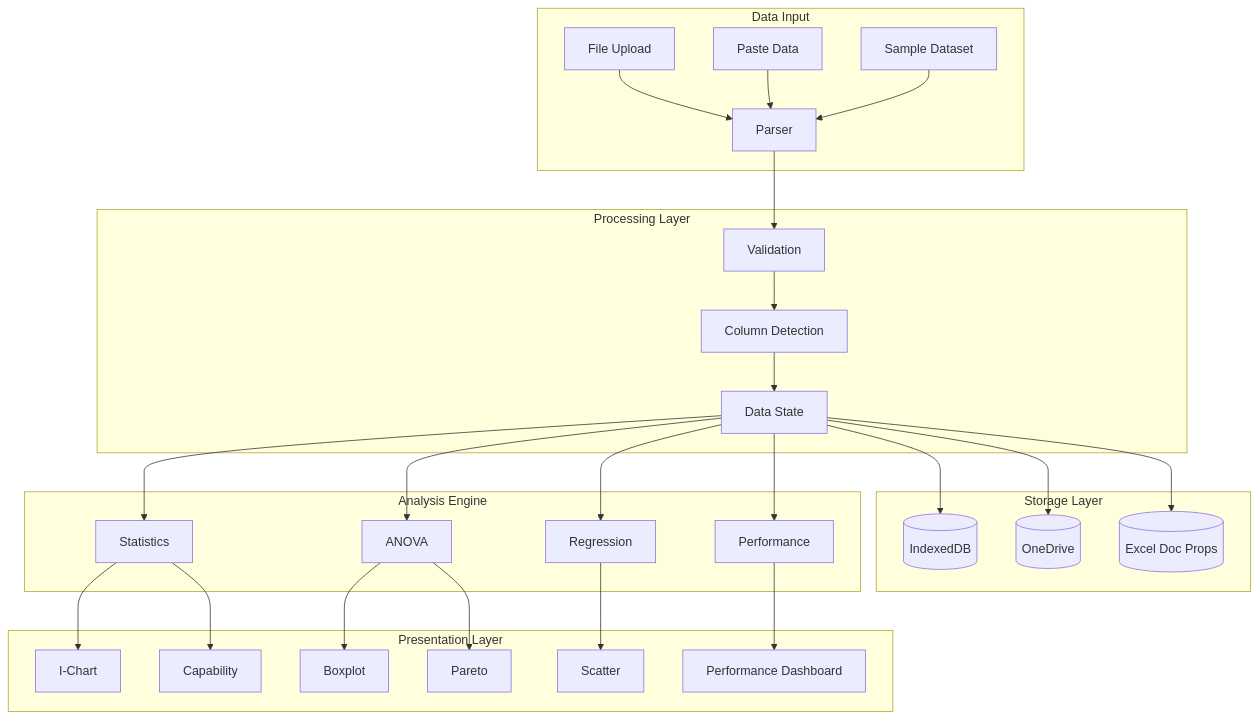
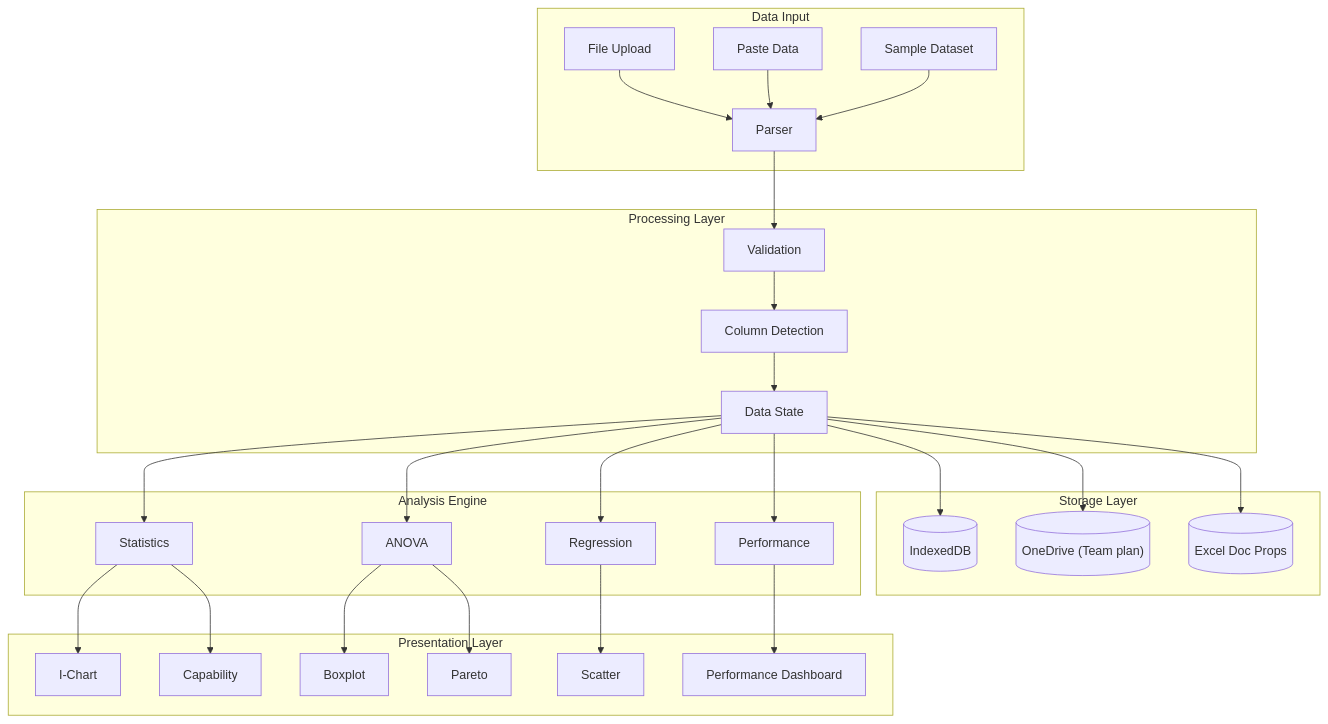
One commit to jukka-matti/variscout changed the first of 11 diagrams in docs/05-technical/architecture/data-flow.md. Above: the diagram before and after it, drawn with Mermaid. The commit also changed other lines of this file and 25 other files, not shown here.

First line of the commit message:
fix: gate cloud sync behind isTeamPlan() — Standard plan is local-only

````diff
--- a/docs/05-technical/architecture/data-flow.md
+++ b/docs/05-technical/architecture/data-flow.md
@@ -11,36 +11,36 @@
 ```mermaid
 flowchart TB
     subgraph Input["Data Input"]
         A1[File Upload] --> B[Parser]
         A2[Paste Data] --> B
         A3[Sample Dataset] --> B
     end
 
     subgraph Processing["Processing Layer"]
         B --> C[Validation]
         C --> D[Column Detection]
         D --> E[Data State]
     end
 
     subgraph Analysis["Analysis Engine"]
         E --> F1[Statistics]
         E --> F2[ANOVA]
         E --> F3[Regression]
         E --> F5[Performance]
     end
 
     subgraph Presentation["Presentation Layer"]
         F1 --> G1[I-Chart]
         F2 --> G2[Boxplot]
         F2 --> G3[Pareto]
         F1 --> G4[Capability]
         F3 --> G5[Scatter]
         F5 --> G7[Performance Dashboard]
     end
 
     subgraph Persistence["Storage Layer"]
         E --> H1[(IndexedDB)]
-        E --> H2[(OneDrive)]
+        E --> H2[("OneDrive (Team plan)")]
         E --> H3[(Excel Doc Props)]
     end
 ```
````
